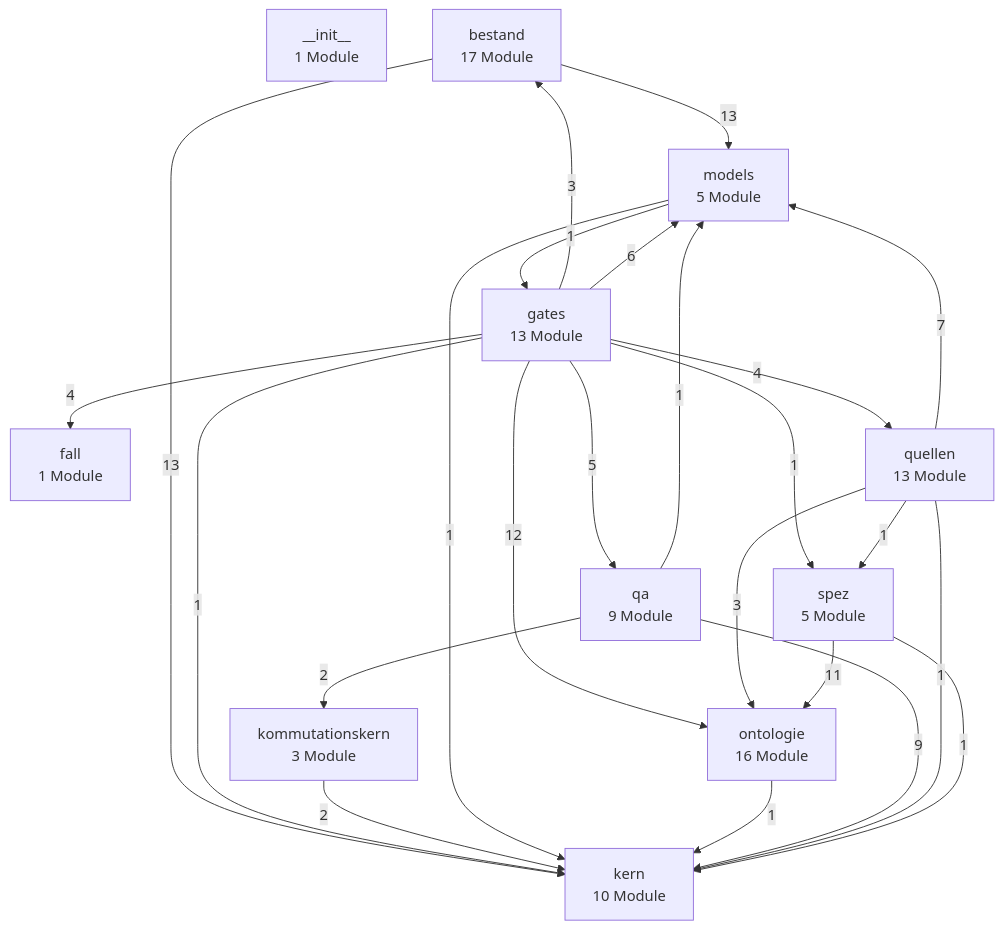
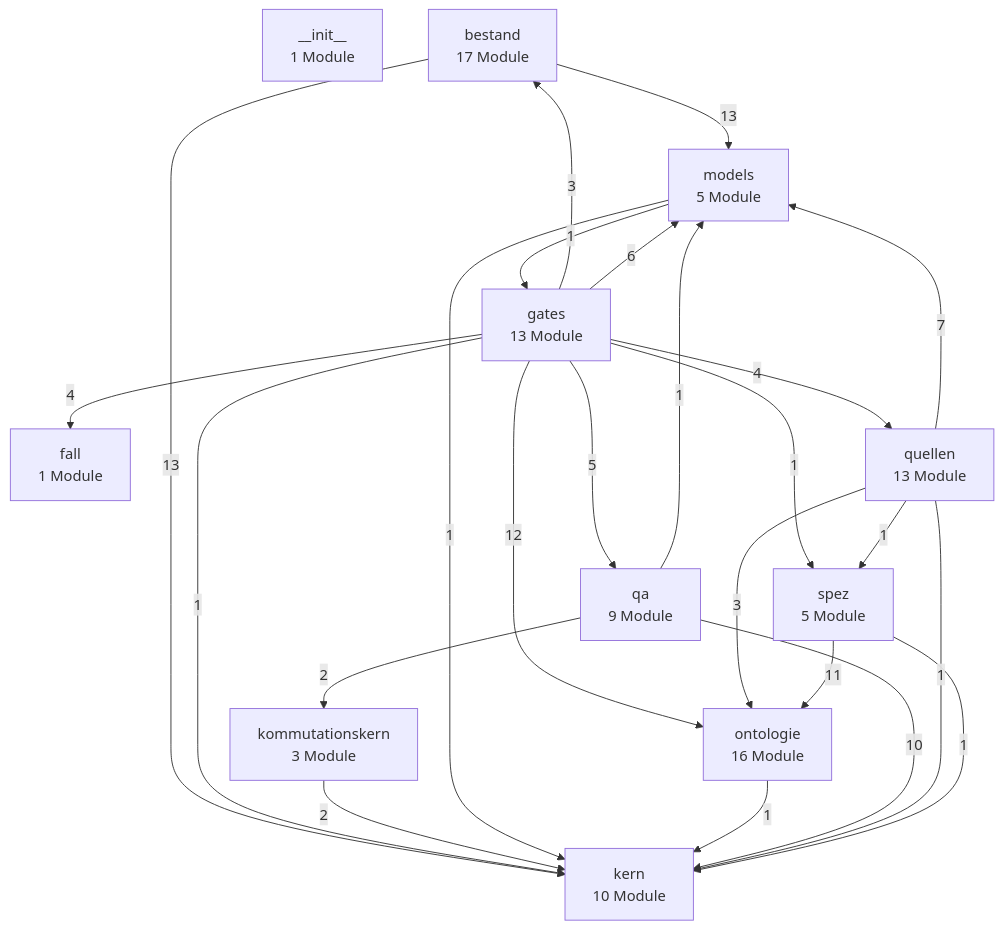
One commit to bartlmac/rechner-pipeline changed the first of 3 diagrams in docs/architektur/landkarte.md. Above: the diagram before and after it, drawn with Mermaid. The commit also changed 2 other files, not shown here.

````diff
--- a/docs/architektur/landkarte.md
+++ b/docs/architektur/landkarte.md
@@ -27,38 +27,38 @@
 ```mermaid
 %% Schichten — erzeugt von ontologie.landkarte
 flowchart TD
     n__init__["__init__<br/>1 Module"]
     bestand["bestand<br/>17 Module"]
     fall["fall<br/>1 Module"]
     gates["gates<br/>13 Module"]
     kern["kern<br/>10 Module"]
     kommutationskern["kommutationskern<br/>3 Module"]
     models["models<br/>5 Module"]
     ontologie["ontologie<br/>16 Module"]
     qa["qa<br/>9 Module"]
     quellen["quellen<br/>13 Module"]
     spez["spez<br/>5 Module"]
     bestand -- 13 --> kern
     bestand -- 13 --> models
     gates -- 3 --> bestand
     gates -- 4 --> fall
     gates -- 1 --> kern
     gates -- 6 --> models
     gates -- 12 --> ontologie
     gates -- 5 --> qa
     gates -- 4 --> quellen
     gates -- 1 --> spez
     kommutationskern -- 2 --> kern
     models -- 1 --> gates
     models -- 1 --> kern
     ontologie -- 1 --> kern
-    qa -- 9 --> kern
+    qa -- 10 --> kern
     qa -- 2 --> kommutationskern
     qa -- 1 --> models
     quellen -- 1 --> kern
     quellen -- 7 --> models
     quellen -- 3 --> ontologie
     quellen -- 1 --> spez
     spez -- 1 --> kern
     spez -- 11 --> ontologie
 ```
````
